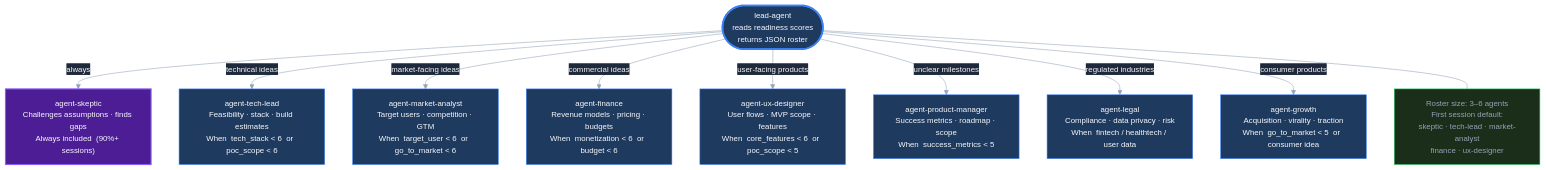
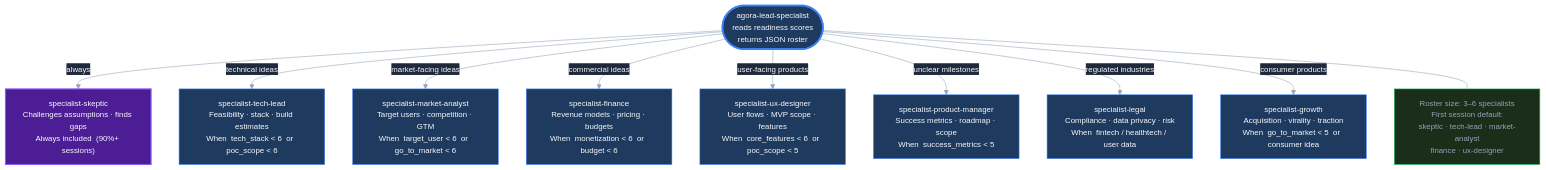
Before and after one commit to aryan-curiel/agora: the diagram in docs/diagrams/03-agent-roster.mmd, drawn with Mermaid. The commit also changed 24 other files, not shown here.

```diff
--- a/docs/diagrams/03-agent-roster.mmd
+++ b/docs/diagrams/03-agent-roster.mmd
@@ -1,38 +1,38 @@
 %%{init: {"theme": "base", "themeVariables": {"primaryColor": "#1e293b", "primaryTextColor": "#f8fafc", "primaryBorderColor": "#475569", "lineColor": "#94a3b8", "secondaryColor": "#0f172a", "background": "#0f172a", "mainBkg": "#1e293b", "nodeBorder": "#475569", "clusterBkg": "#162032", "titleColor": "#f8fafc", "edgeLabelBackground": "#1e293b", "fontFamily": "monospace", "fontSize": "14px"}}}%%
 
 graph TB
-    LA(["lead-agent\nreads readiness scores\nreturns JSON roster"])
+    LA(["agora-lead-specialist\nreads readiness scores\nreturns JSON roster"])
 
-    SK["agent-skeptic\nChallenges assumptions · finds gaps\nAlways included  (90%+ sessions)"]
+    SK["specialist-skeptic\nChallenges assumptions · finds gaps\nAlways included  (90%+ sessions)"]
 
-    TL["agent-tech-lead\nFeasibility · stack · build estimates\nWhen  tech_stack < 6  or  poc_scope < 6"]
-    MKT["agent-market-analyst\nTarget users · competition · GTM\nWhen  target_user < 6  or  go_to_market < 6"]
-    FIN["agent-finance\nRevenue models · pricing · budgets\nWhen  monetization < 6  or  budget < 6"]
-    UX["agent-ux-designer\nUser flows · MVP scope · features\nWhen  core_features < 6  or  poc_scope < 5"]
-    PM["agent-product-manager\nSuccess metrics · roadmap · scope\nWhen  success_metrics < 5"]
-    LEG["agent-legal\nCompliance · data privacy · risk\nWhen  fintech / healthtech / user data"]
-    GRW["agent-growth\nAcquisition · virality · traction\nWhen  go_to_market < 5  or  consumer idea"]
+    TL["specialist-tech-lead\nFeasibility · stack · build estimates\nWhen  tech_stack < 6  or  poc_scope < 6"]
+    MKT["specialist-market-analyst\nTarget users · competition · GTM\nWhen  target_user < 6  or  go_to_market < 6"]
+    FIN["specialist-finance\nRevenue models · pricing · budgets\nWhen  monetization < 6  or  budget < 6"]
+    UX["specialist-ux-designer\nUser flows · MVP scope · features\nWhen  core_features < 6  or  poc_scope < 5"]
+    PM["specialist-product-manager\nSuccess metrics · roadmap · scope\nWhen  success_metrics < 5"]
+    LEG["specialist-legal\nCompliance · data privacy · risk\nWhen  fintech / healthtech / user data"]
+    GRW["specialist-growth\nAcquisition · virality · traction\nWhen  go_to_market < 5  or  consumer idea"]
 
     LA -->|"always"| SK
     LA -->|"technical ideas"| TL
     LA -->|"market-facing ideas"| MKT
     LA -->|"commercial ideas"| FIN
     LA -->|"user-facing products"| UX
     LA -->|"unclear milestones"| PM
     LA -->|"regulated industries"| LEG
     LA -->|"consumer products"| GRW
 
-    NOTE["Roster size: 3–6 agents\nFirst session default:\nskeptic · tech-lead · market-analyst\nfinance · ux-designer"]
+    NOTE["Roster size: 3–6 specialists\nFirst session default:\nskeptic · tech-lead · market-analyst\nfinance · ux-designer"]
 
     LA --- NOTE
 
     style LA fill:#1e3a5f,stroke:#3b82f6,stroke-width:3px,color:#f8fafc
     style SK fill:#4c1d95,stroke:#8b5cf6,stroke-width:2px,color:#f8fafc
     style TL fill:#1e3a5f,stroke:#3b82f6,stroke-width:1px,color:#f8fafc
     style MKT fill:#1e3a5f,stroke:#3b82f6,stroke-width:1px,color:#f8fafc
     style FIN fill:#1e3a5f,stroke:#3b82f6,stroke-width:1px,color:#f8fafc
     style UX fill:#1e3a5f,stroke:#3b82f6,stroke-width:1px,color:#f8fafc
     style PM fill:#1e3a5f,stroke:#3b82f6,stroke-width:1px,color:#f8fafc
     style LEG fill:#1e3a5f,stroke:#3b82f6,stroke-width:1px,color:#f8fafc
     style GRW fill:#1e3a5f,stroke:#3b82f6,stroke-width:1px,color:#f8fafc
     style NOTE fill:#1a2e1a,stroke:#22c55e,stroke-width:1px,color:#94a3b8
```
